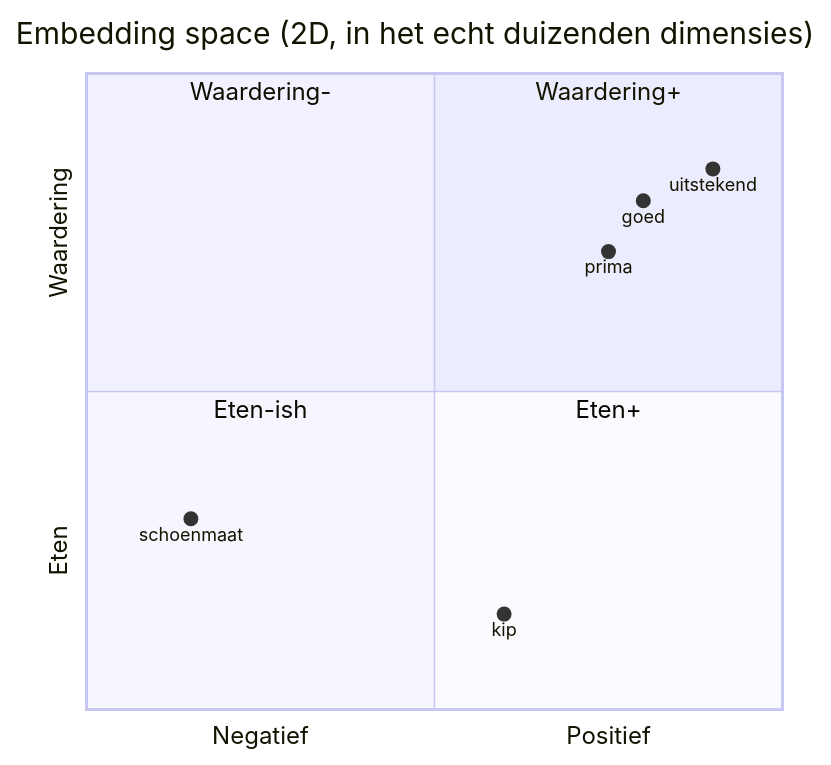
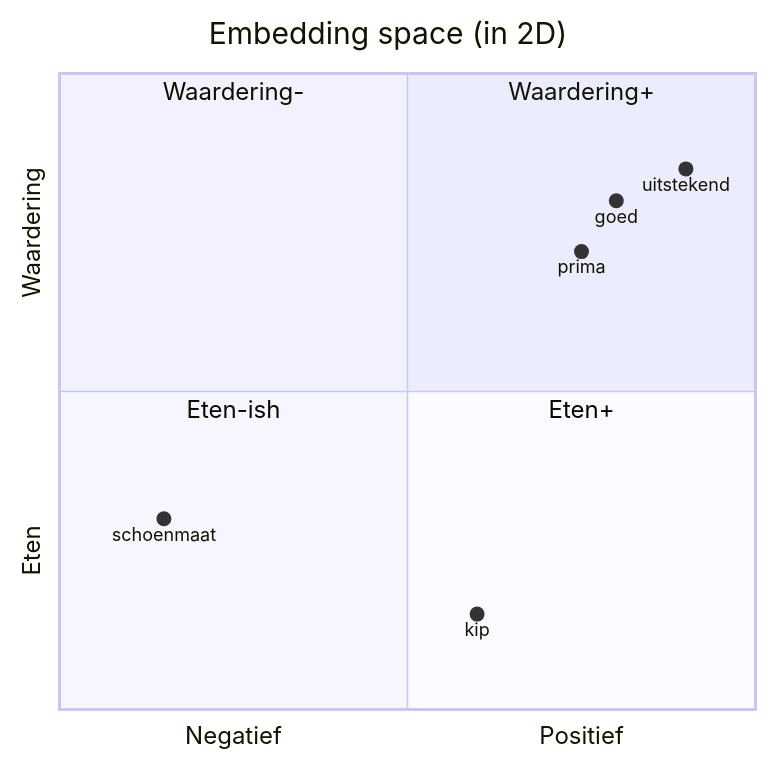
The eighth of 12 diagrams in workshopdutch.md (okeribok/FormIt), drawn with Mermaid before and after one commit. The commit also changed other lines of this file, not shown here.

````diff
--- a/workshopdutch.md
+++ b/workshopdutch.md
@@ -324,15 +360,15 @@
 ```mermaid
 quadrantChart
-    title Embedding space (2D, in het echt duizenden dimensies)
+    title Embedding space (in 2D)
     x-axis Negatief --> Positief
     y-axis Eten --> Waardering
     quadrant-1 Waardering+
     quadrant-2 Waardering-
     quadrant-3 Eten-ish
     quadrant-4 Eten+
     goed: [0.80, 0.80]
     prima: [0.75, 0.72]
     uitstekend: [0.90, 0.85]
     kip: [0.60, 0.15]
     schoenmaat: [0.15, 0.30]
 ```
````
